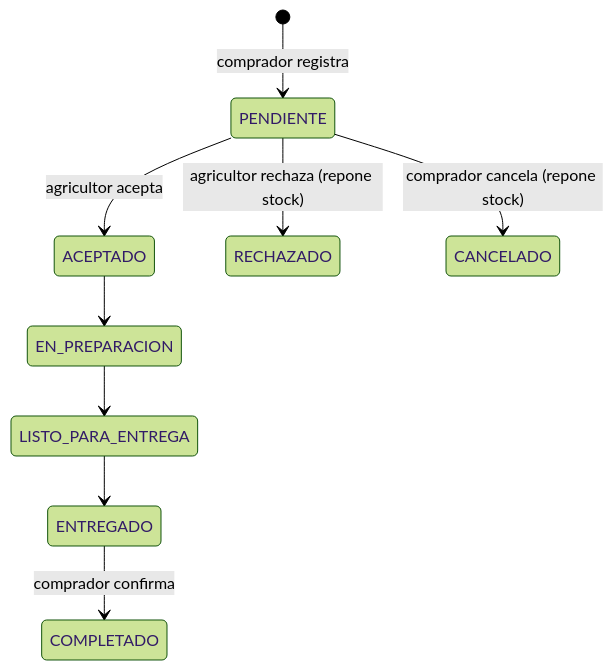
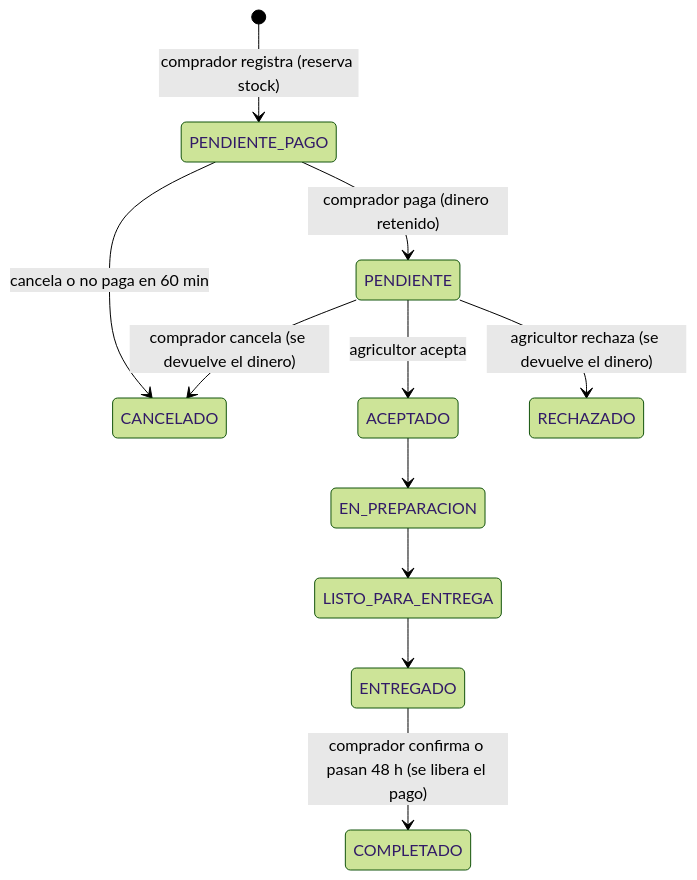
The diagram in README.md (lesssC/agrodirecto-backend), drawn with Mermaid (forest theme) before and after one commit. The commit also changed other lines of this file and 20 other files, not shown here.

Commit message:
feat: pago retenido con liberación al agricultor, devoluciones y procesos automáticos

````diff
--- a/README.md
+++ b/README.md
@@ -134,11 +135,13 @@
 ```mermaid
 stateDiagram-v2
-    [*] --> PENDIENTE: comprador registra
+    [*] --> PENDIENTE_PAGO: comprador registra (reserva stock)
+    PENDIENTE_PAGO --> PENDIENTE: comprador paga (dinero retenido)
+    PENDIENTE_PAGO --> CANCELADO: cancela o no paga en 60 min
     PENDIENTE --> ACEPTADO: agricultor acepta
-    PENDIENTE --> RECHAZADO: agricultor rechaza (repone stock)
-    PENDIENTE --> CANCELADO: comprador cancela (repone stock)
+    PENDIENTE --> RECHAZADO: agricultor rechaza (se devuelve el dinero)
+    PENDIENTE --> CANCELADO: comprador cancela (se devuelve el dinero)
     ACEPTADO --> EN_PREPARACION
     EN_PREPARACION --> LISTO_PARA_ENTREGA
     LISTO_PARA_ENTREGA --> ENTREGADO
-    ENTREGADO --> COMPLETADO: comprador confirma
+    ENTREGADO --> COMPLETADO: comprador confirma o pasan 48 h (se libera el pago)
 ```
````
